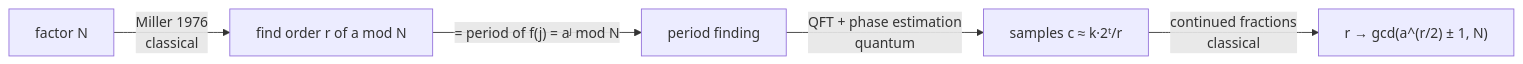
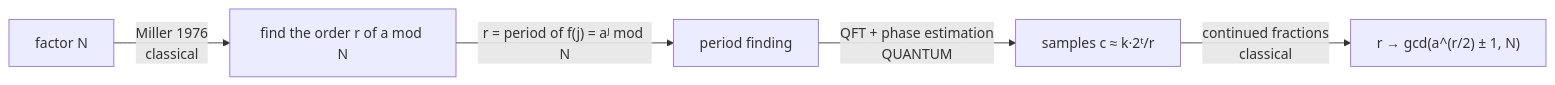
Before and after one commit to mamuncseru/quantum-advantage-quest: the diagram in predecessors/04-shor/notes.md, drawn with Mermaid. The commit also changed other lines of this file, not shown here.

Commit message:
Rewrite autopsy 04 for readers: four ideas stacked, only one of them quantum

````diff
--- a/predecessors/04-shor/notes.md
+++ b/predecessors/04-shor/notes.md
@@ -30,7 +113,7 @@
 ```mermaid
 graph LR
-    A["factor N"] -->|Miller 1976<br>classical| B["find order r of a mod N"]
-    B -->|"= period of f(j) = aʲ mod N"| C["period finding"]
-    C -->|QFT + phase estimation<br>quantum| D["samples c ≈ k·2ᵗ/r"]
-    D -->|continued fractions<br>classical| E["r  →  gcd(a^(r/2) ± 1, N)"]
+    A["factor N"] -->|Miller 1976<br>classical| B["find the order r of a mod N"]
+    B -->|"r = period of f(j) = aʲ mod N"| C["period finding"]
+    C -->|QFT + phase estimation<br>QUANTUM| D["samples c ≈ k·2ᵗ/r"]
+    D -->|continued fractions<br>classical| E["r → gcd(a^(r/2) ± 1, N)"]
 ```
````
